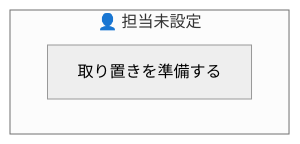
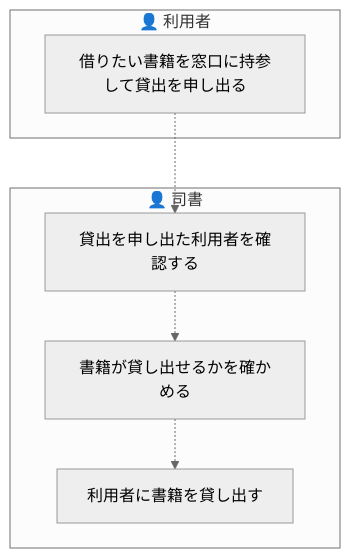
The fifth of 9 diagrams in samples/distillery2/library-loan/docs/requirements/rdra/views/03_業務フロー.md (suwa-sh/suwa-sh-claude-plugins), drawn with Mermaid (neutral theme) before and after one commit. The commit also changed other lines of this file and 249 other files, not shown here.

````diff
--- a/samples/distillery2/library-loan/docs/requirements/rdra/views/03_業務フロー.md
+++ b/samples/distillery2/library-loan/docs/requirements/rdra/views/03_業務フロー.md
@@ -127,6 +107,14 @@
 ```mermaid
 graph TD
-  subgraph LN1["👤 担当未設定"]
-    AT1["取り置きを準備する"]
+  subgraph LN1["👤 利用者"]
+    AT1["借りたい書籍を窓口に持参して貸出を申し出る"]
   end
+  subgraph LN2["👤 司書"]
+    AT2["貸出を申し出た利用者を確認する"]
+    AT3["書籍が貸し出せるかを確かめる"]
+    AT4["利用者に書籍を貸し出す"]
+  end
+  AT1 -.-> AT2
+  AT2 -.-> AT3
+  AT3 -.-> AT4
 ```
````
